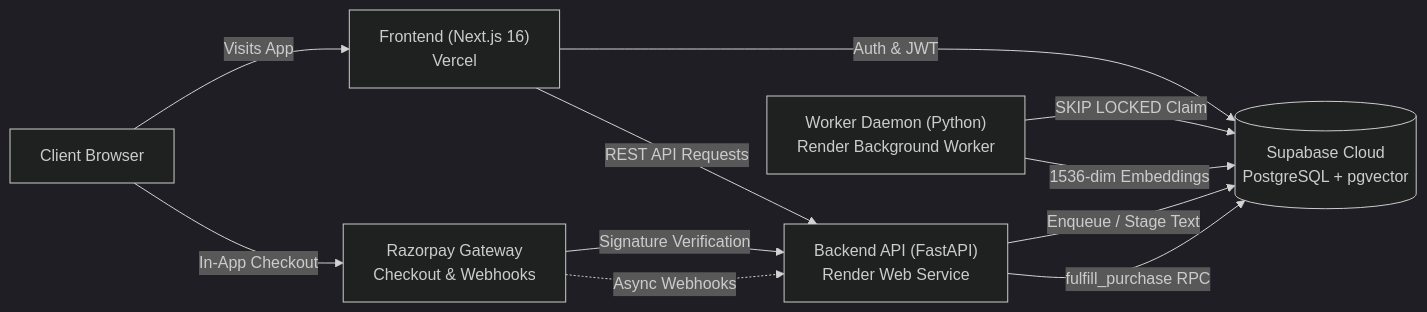
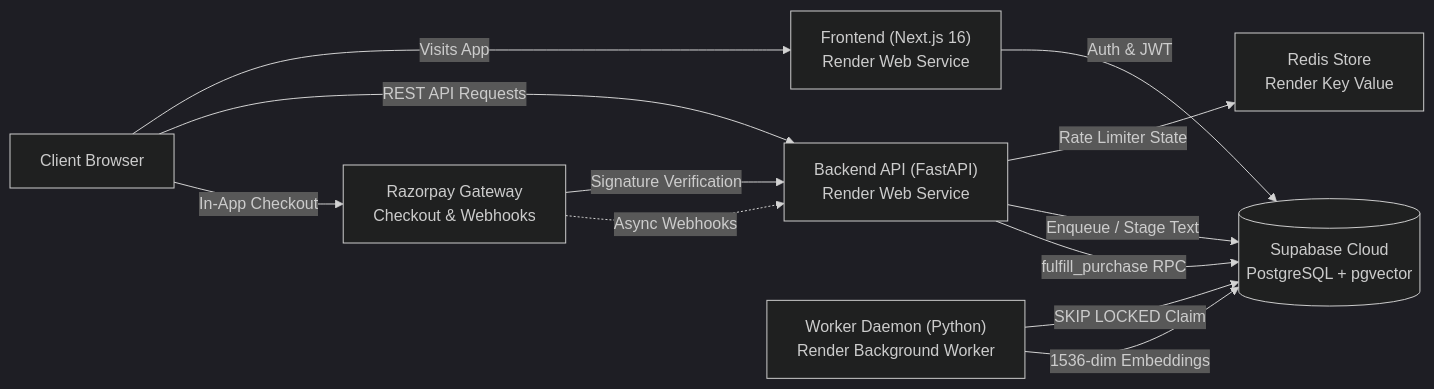
The diagram in README.md (aicodewithkaran/TraceClause-AI), drawn with Mermaid (dark theme) before and after one commit. The commit also changed other lines of this file and 4 other files, not shown here.

````diff
--- a/README.md
+++ b/README.md
@@ -40,20 +41,22 @@
 ```mermaid
 flowchart LR
     User["Client Browser"]
-    Vercel["Frontend (Next.js 16)<br/>Vercel"]
-    Render["Backend API (FastAPI)<br/>Render Web Service"]
+    Frontend["Frontend (Next.js 16)<br/>Render Web Service"]
+    API["Backend API (FastAPI)<br/>Render Web Service"]
     Worker["Worker Daemon (Python)<br/>Render Background Worker"]
+    Redis["Redis Store<br/>Render Key Value"]
     Supabase[("Supabase Cloud<br/>PostgreSQL + pgvector")]
     Razorpay["Razorpay Gateway<br/>Checkout & Webhooks"]
 
-    User -->|"Visits App"| Vercel
-    Vercel -->|"Auth & JWT"| Supabase
-    Vercel -->|"REST API Requests"| Render
-    Render -->|"Enqueue / Stage Text"| Supabase
+    User -->|"Visits App"| Frontend
+    Frontend -->|"Auth & JWT"| Supabase
+    User -->|"REST API Requests"| API
+    API -->|"Rate Limiter State"| Redis
+    API -->|"Enqueue / Stage Text"| Supabase
     Worker -->|"SKIP LOCKED Claim"| Supabase
     Worker -->|"1536-dim Embeddings"| Supabase
     User -->|"In-App Checkout"| Razorpay
-    Razorpay -->|"Signature Verification"| Render
-    Razorpay -.->|"Async Webhooks"| Render
-    Render -->|"fulfill_purchase RPC"| Supabase
+    Razorpay -->|"Signature Verification"| API
+    Razorpay -.->|"Async Webhooks"| API
+    API -->|"fulfill_purchase RPC"| Supabase
 ```
````
